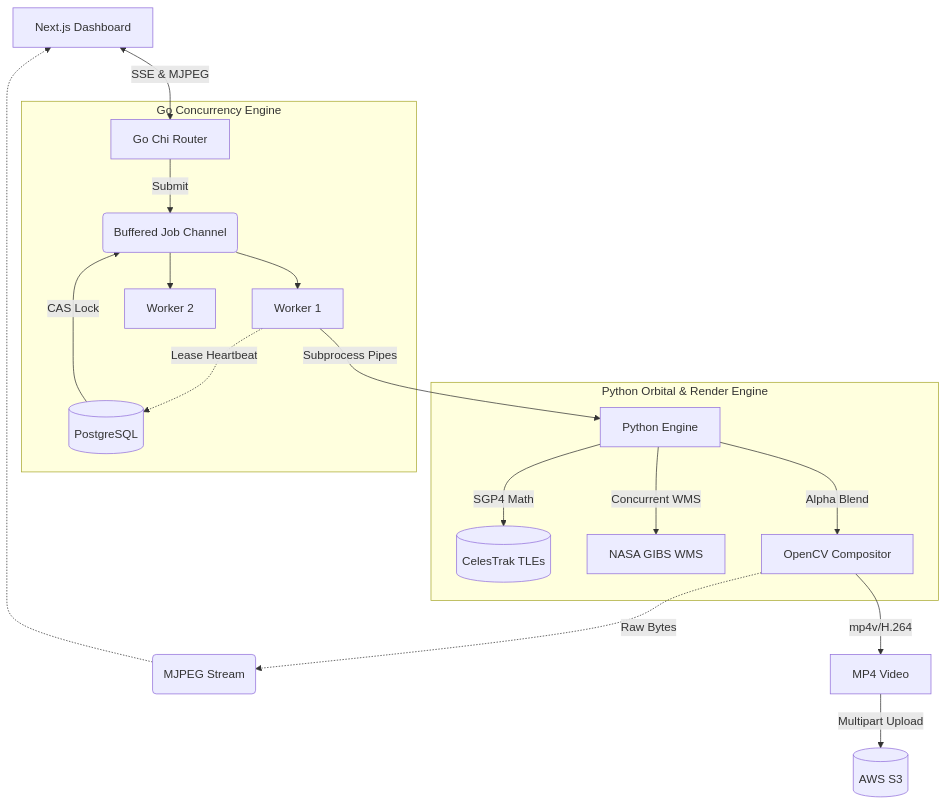
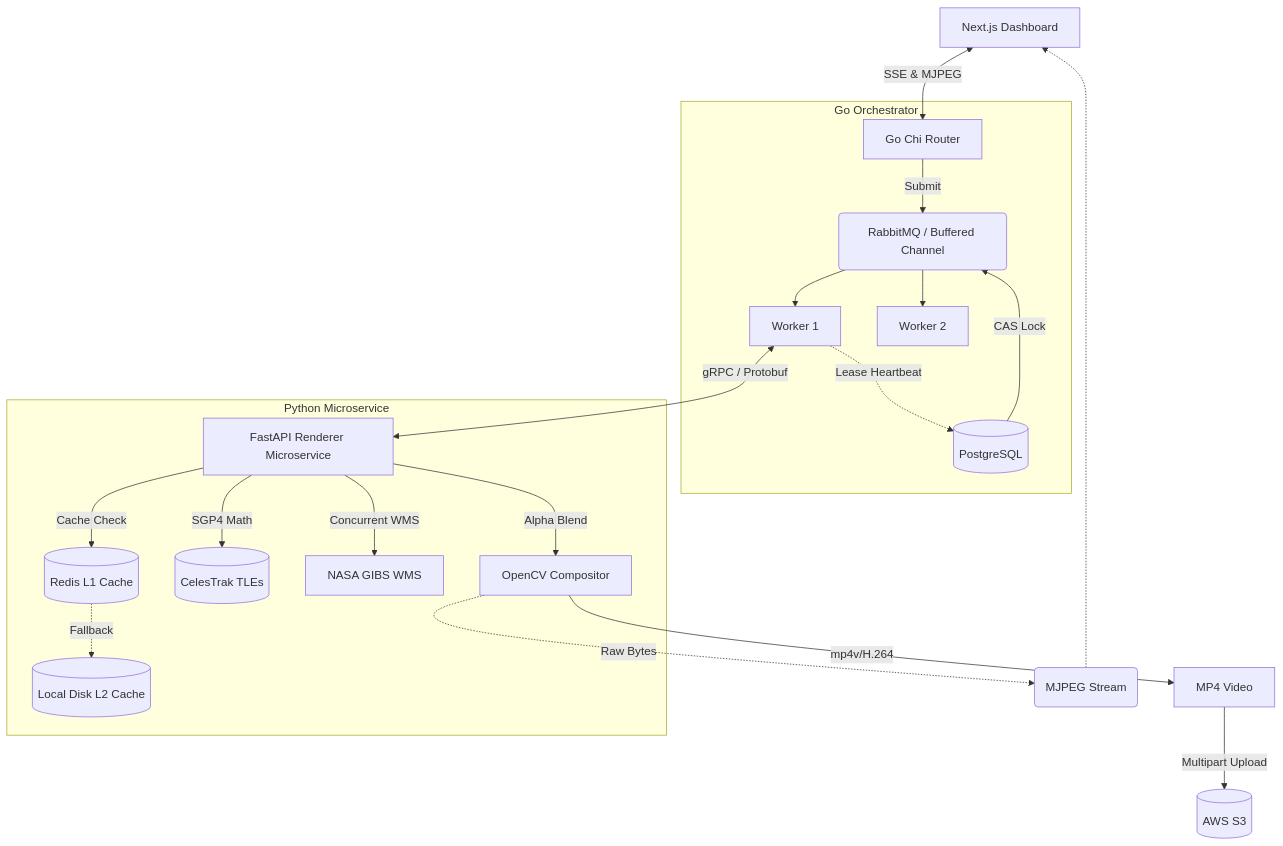
Before and after one commit to Kushan-shah/geostream-orbital-engine: the diagram in README.md, drawn with Mermaid. The commit also changed other lines of this file and 2 other files, not shown here.

````diff
--- a/README.md
+++ b/README.md
@@ -30,26 +34,28 @@
 ```mermaid
 graph TD
     UI[Next.js Dashboard] <--> |SSE & MJPEG| API[Go Chi Router]
 
-    subgraph Go Concurrency Engine
-        API --> |Submit| Queue(Buffered Job Channel)
+    subgraph Go Orchestrator
+        API --> |Submit| Queue(RabbitMQ / Buffered Channel)
         Queue --> W1[Worker 1]
         Queue --> W2[Worker 2]
         W1 -.-> |Lease Heartbeat| DB
     end
 
     DB[(PostgreSQL)] --> |CAS Lock| Queue
 
-    W1 --> |Subprocess Pipes| Py[Python Engine]
+    W1 <--> |gRPC / Protobuf| Py[FastAPI Renderer Microservice]
 
-    subgraph Python Orbital & Render Engine
+    subgraph Python Microservice
+        Py --> |Cache Check| Redis[(Redis L1 Cache)]
+        Redis -.-> |Fallback| Disk[(Local Disk L2 Cache)]
         Py --> |SGP4 Math| TLE[(CelesTrak TLEs)]
         Py --> |Concurrent WMS| NASA[NASA GIBS WMS]
         Py --> |Alpha Blend| CV[OpenCV Compositor]
     end
 
     CV -.-> |Raw Bytes| LiveStream(MJPEG Stream)
     CV --> |mp4v/H.264| MP4[MP4 Video]
     MP4 --> |Multipart Upload| S3[(AWS S3)]
     LiveStream -.-> UI
 ```
````
